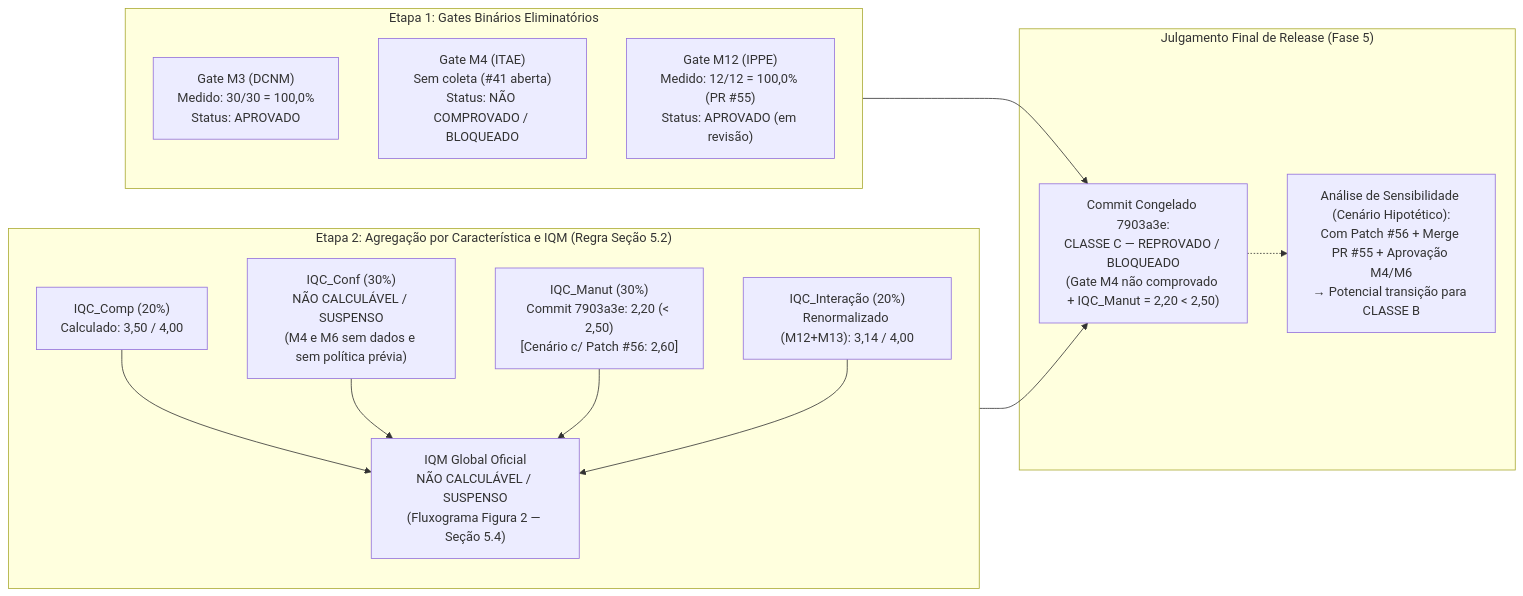
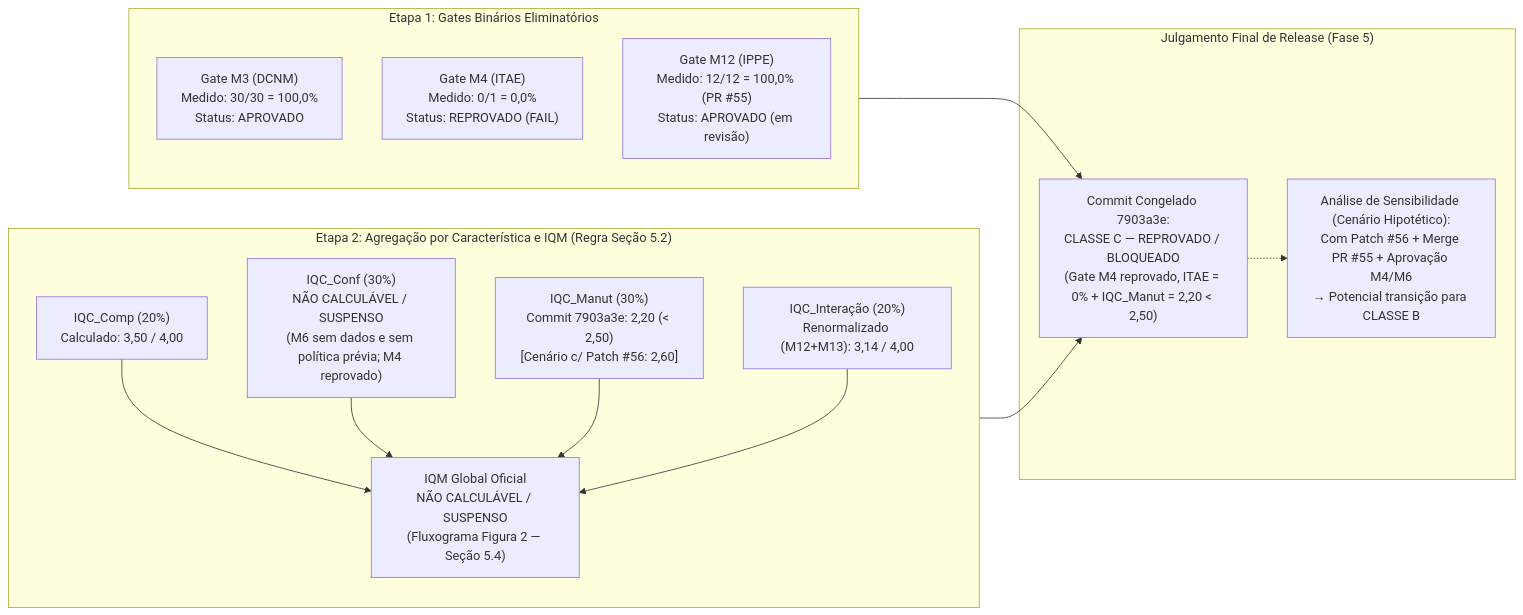
The second of 2 diagrams in docs/plano_medicao_testes.md (FCTE-Qualidade-de-Software-1/2026-2_T02_GRACE_HOPPER), drawn with Mermaid before and after one commit. The commit also changed other lines of this file, not shown here.

````diff
--- a/docs/plano_medicao_testes.md
+++ b/docs/plano_medicao_testes.md
@@ -358,26 +358,26 @@
 ```mermaid
 flowchart LR
     subgraph ETAPA1["Etapa 1: Gates Binários Eliminatórios"]
         M3_G["Gate M3 (DCNM)<br/>Medido: 30/30 = 100,0%<br/>Status: APROVADO"]
-        M4_G["Gate M4 (ITAE)<br/>Sem coleta (#41 aberta)<br/>Status: NÃO COMPROVADO / BLOQUEADO"]
+        M4_G["Gate M4 (ITAE)<br/>Medido: 0/1 = 0,0%<br/>Status: REPROVADO (FAIL)"]
         M12_G["Gate M12 (IPPE)<br/>Medido: 12/12 = 100,0% (PR #55)<br/>Status: APROVADO (em revisão)"]
     end
 
     subgraph ETAPA2["Etapa 2: Agregação por Característica e IQM (Regra Seção 5.2)"]
         IQC1["IQC_Comp (20%)<br/>Calculado: 3,50 / 4,00"]
-        IQC2["IQC_Conf (30%)<br/>NÃO CALCULÁVEL / SUSPENSO<br/>(M4 e M6 sem dados e sem política prévia)"]
+        IQC2["IQC_Conf (30%)<br/>NÃO CALCULÁVEL / SUSPENSO<br/>(M6 sem dados e sem política prévia; M4 reprovado)"]
         IQC3["IQC_Manut (30%)<br/>Commit 7903a3e: 2,20 (&lt; 2,50)<br/>[Cenário c/ Patch #56: 2,60]"]
         IQC4["IQC_Interação (20%)<br/>Renormalizado (M12+M13): 3,14 / 4,00"]
         IQM_BOX["IQM Global Oficial<br/>NÃO CALCULÁVEL / SUSPENSO<br/>(Fluxograma Figura 2 — Seção 5.4)"]
         IQC1 & IQC2 & IQC3 & IQC4 --> IQM_BOX
     end
 
     subgraph DECISAO["Julgamento Final de Release (Fase 5)"]
-        VEREDITO["Commit Congelado 7903a3e:<br/>CLASSE C — REPROVADO / BLOQUEADO<br/>(Gate M4 não comprovado + IQC_Manut = 2,20 &lt; 2,50)"]
+        VEREDITO["Commit Congelado 7903a3e:<br/>CLASSE C — REPROVADO / BLOQUEADO<br/>(Gate M4 reprovado, ITAE = 0% + IQC_Manut = 2,20 &lt; 2,50)"]
         CENARIO["Análise de Sensibilidade (Cenário Hipotético):<br/>Com Patch #56 + Merge PR #55 + Aprovação M4/M6<br/>→ Potencial transição para CLASSE B"]
         VEREDITO -.-> CENARIO
     end
-    
+
     ETAPA1 --> VEREDITO
     ETAPA2 --> VEREDITO
 ```
````
